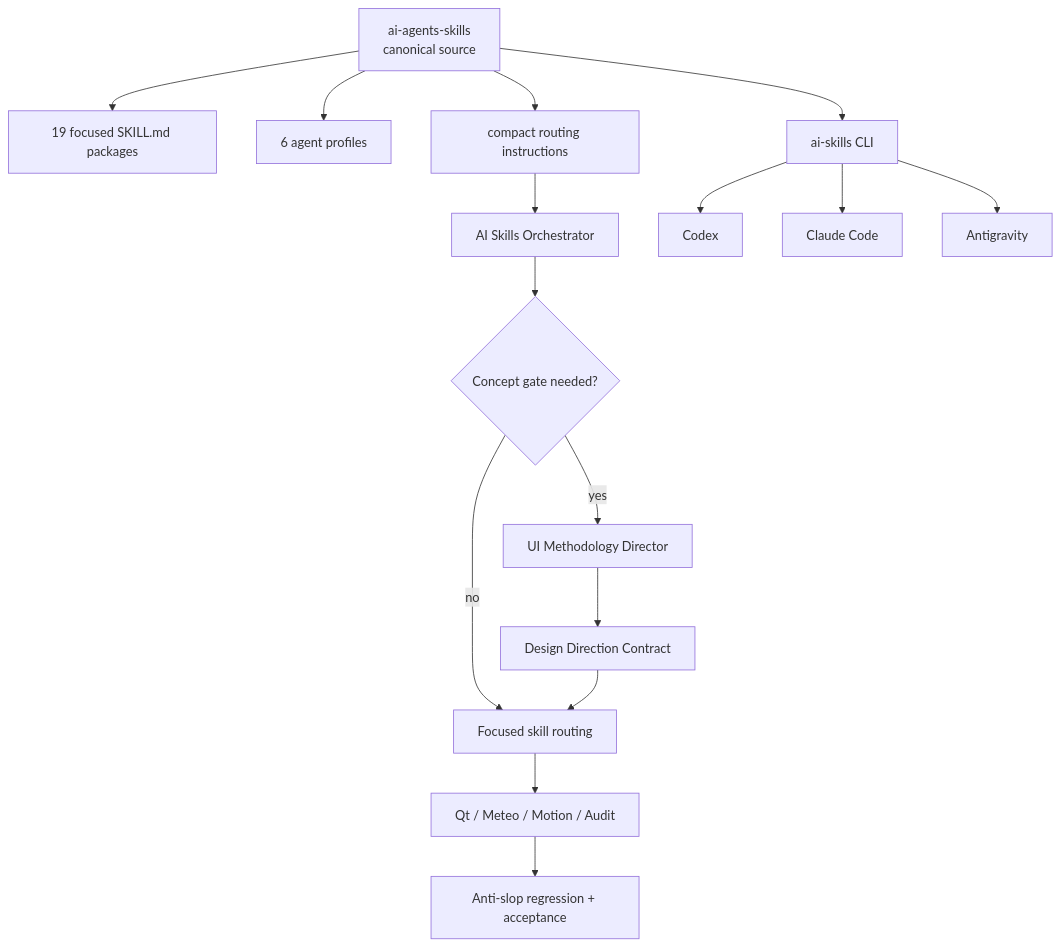
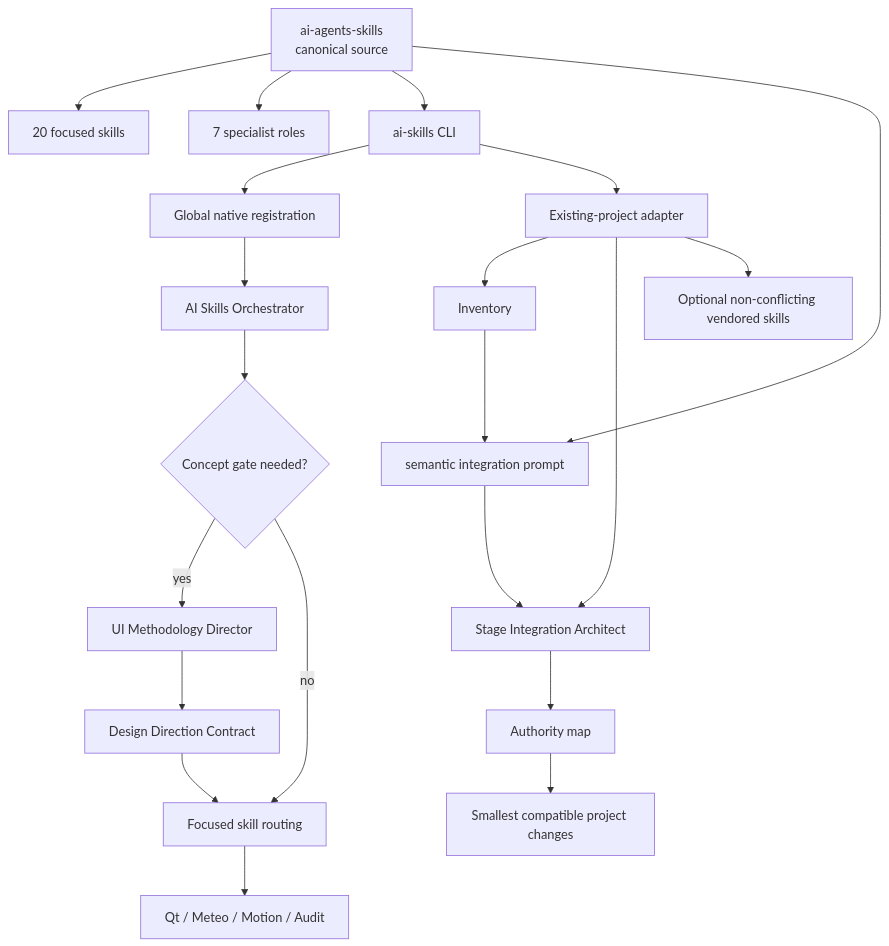
The third of 3 diagrams in README.md (f2re/ai-agents-skills), drawn with Mermaid before and after one commit. The commit also changed other lines of this file and 17 other files, not shown here.

First line of the commit message:
feat: add project-first existing repository integration

````diff
--- a/README.md
+++ b/README.md
@@ -244,21 +356,27 @@
 ```mermaid
 flowchart TB
     SRC[ai-agents-skills<br/>canonical source]
-    SRC --> SK[19 focused SKILL.md packages]
-    SRC --> AG[6 agent profiles]
-    SRC --> RT[compact routing instructions]
+    SRC --> SK[20 focused skills]
+    SRC --> AG[7 specialist roles]
     SRC --> CLI[ai-skills CLI]
+    SRC --> PROMPT[semantic integration prompt]
 
-    RT --> ORCH[AI Skills Orchestrator]
+    CLI --> GLOBAL[Global native registration]
+    CLI --> PROJECT[Existing-project adapter]
+
+    PROJECT --> INV[Inventory]
+    PROJECT --> IA[Stage Integration Architect]
+    PROJECT --> VEND[Optional non-conflicting vendored skills]
+    INV --> PROMPT
+    PROMPT --> IA
+    IA --> AUTH[Authority map]
+    AUTH --> MIN[Smallest compatible project changes]
+
+    GLOBAL --> ORCH[AI Skills Orchestrator]
     ORCH --> CG{Concept gate needed?}
     CG -- yes --> DIR[UI Methodology Director]
     DIR --> CONTRACT[Design Direction Contract]
     CG -- no --> SEL[Focused skill routing]
     CONTRACT --> SEL
     SEL --> DOMAIN[Qt / Meteo / Motion / Audit]
-    DOMAIN --> ACCEPT[Anti-slop regression + acceptance]
-
-    CLI --> CX[Codex]
-    CLI --> CL[Claude Code]
-    CLI --> AN[Antigravity]
 ```
````
